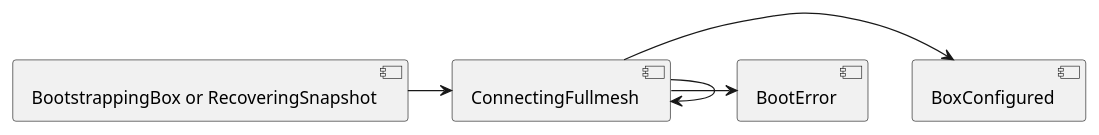
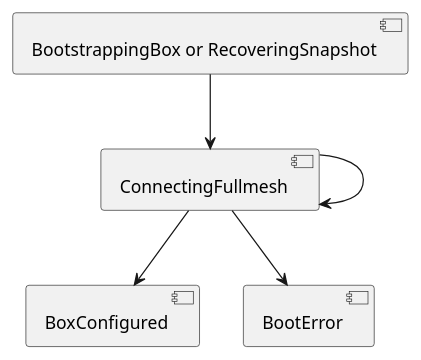
One commit to tarantool/cartridge changed the diagram in rst/uml/ConnectingFullmesh.puml. Above: the diagram before and after it, drawn with PlantUML. The commit also changed 6 other files, not shown here.

```diff
--- a/rst/uml/ConnectingFullmesh.puml
+++ b/rst/uml/ConnectingFullmesh.puml
@@ -1,4 +1,8 @@
-[BootstrappingBox or RecoveringSnapshot]->[ConnectingFullmesh]
-[ConnectingFullmesh]->[BoxConfigured]
-[ConnectingFullmesh]->[ConnectingFullmesh]
-[ConnectingFullmesh]->[BootError]
+@startuml
+
+[BootstrappingBox or RecoveringSnapshot] --> [ConnectingFullmesh]
+[ConnectingFullmesh] --> [BoxConfigured]
+[ConnectingFullmesh] --> [ConnectingFullmesh]
+[ConnectingFullmesh] --> [BootError]
+
+@enduml
```
